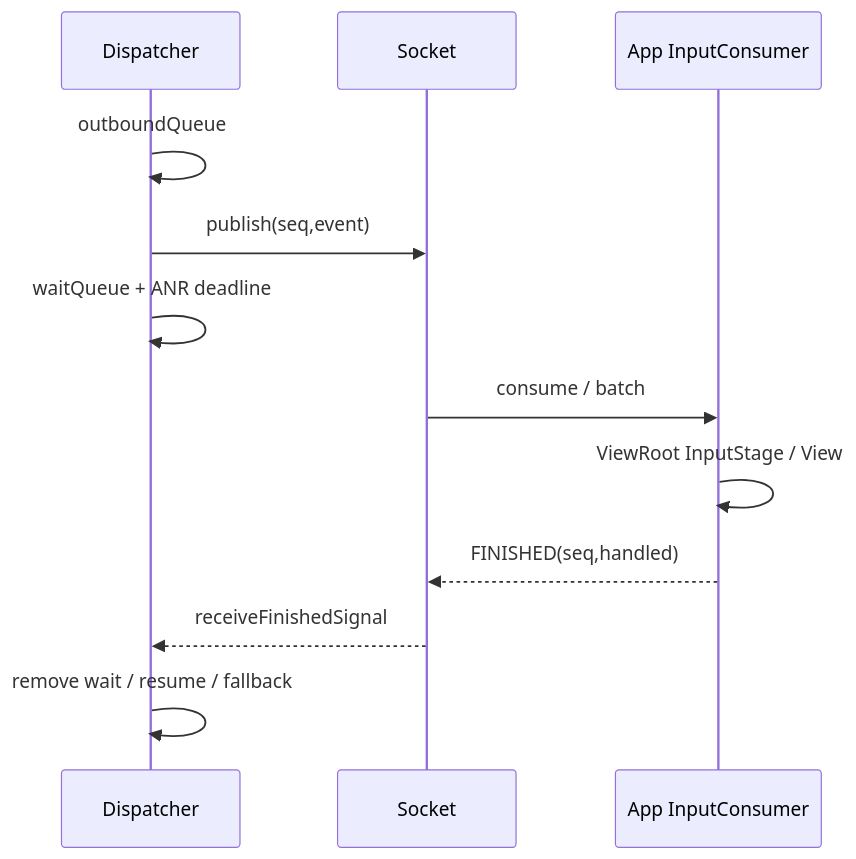
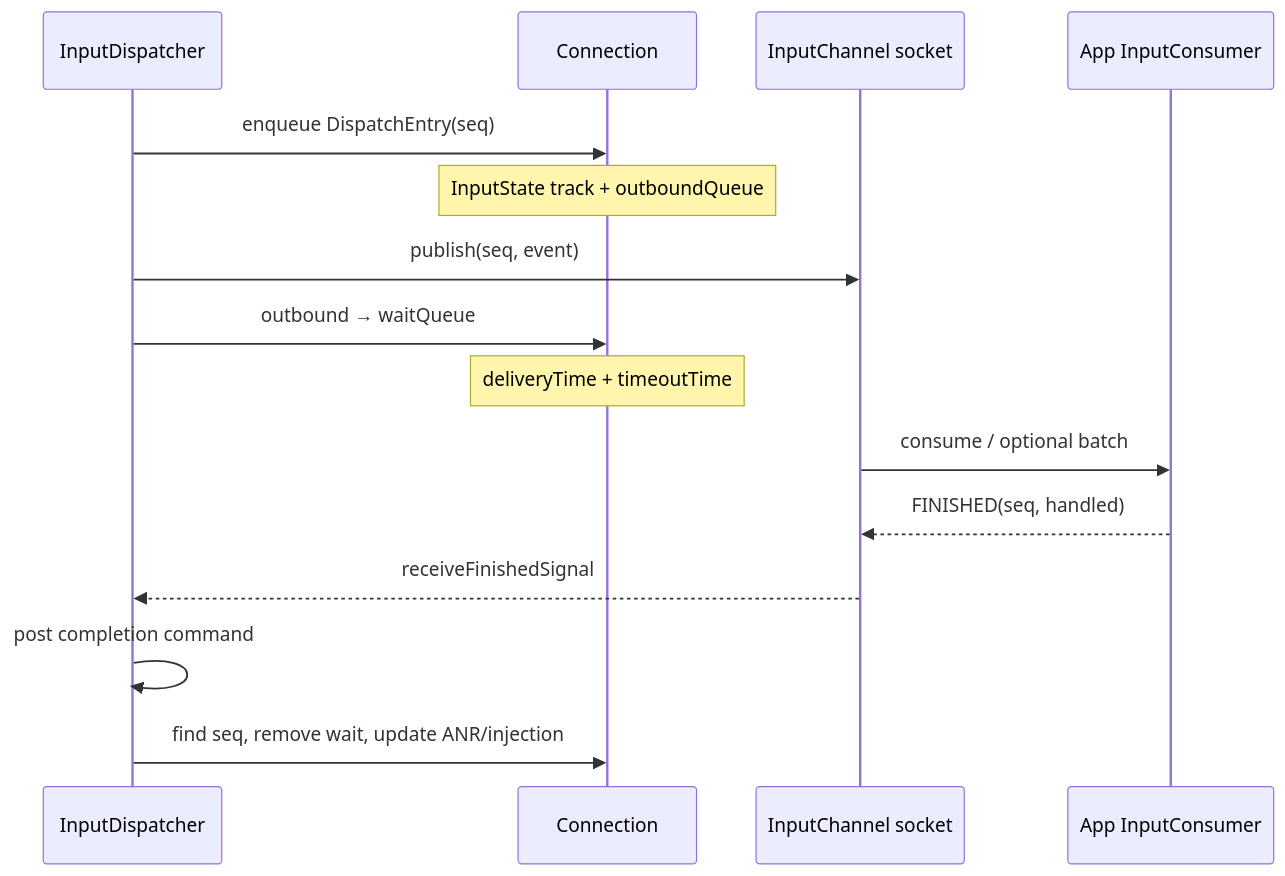
Before and after one commit to junyingzhao001/StudyNotes: the second of 2 diagrams in Android源码学习/199-Android输入系统源码知识地图与综合诊断实战.md, drawn with Mermaid. The commit also changed other lines of this file and 116 other files, not shown here.

````diff
--- a/Android源码学习/199-Android输入系统源码知识地图与综合诊断实战.md
+++ b/Android源码学习/199-Android输入系统源码知识地图与综合诊断实战.md
@@ -169,14 +797,18 @@
 ```mermaid
 sequenceDiagram
-  participant D as Dispatcher
-  participant S as Socket
-  participant A as App InputConsumer
-  D->>D: outboundQueue
-  D->>S: publish(seq,event)
-  D->>D: waitQueue + ANR deadline
-  S->>A: consume / batch
-  A->>A: ViewRoot InputStage / View
-  A-->>S: FINISHED(seq,handled)
-  S-->>D: receiveFinishedSignal
-  D->>D: remove wait / resume / fallback
+    participant D as InputDispatcher
+    participant C as Connection
+    participant S as InputChannel socket
+    participant A as App InputConsumer
+
+    D->>C: enqueue DispatchEntry(seq)
+    Note over C: InputState track + outboundQueue
+    D->>S: publish(seq, event)
+    D->>C: outbound → waitQueue
+    Note over C: deliveryTime + timeoutTime
+    S->>A: consume / optional batch
+    A-->>S: FINISHED(seq, handled)
+    S-->>D: receiveFinishedSignal
+    D->>D: post completion command
+    D->>C: find seq, remove wait, update ANR/injection
 ```
````
